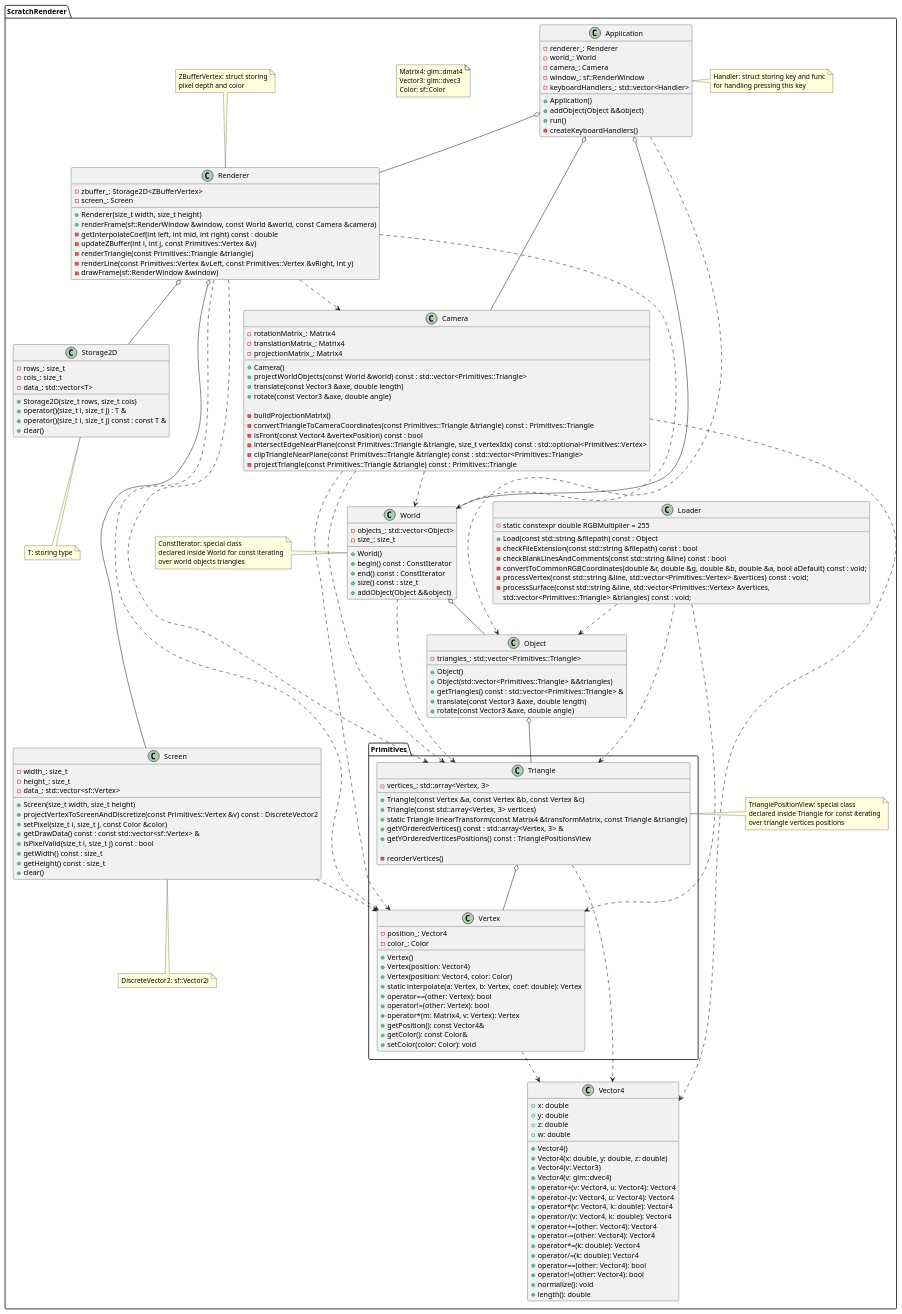
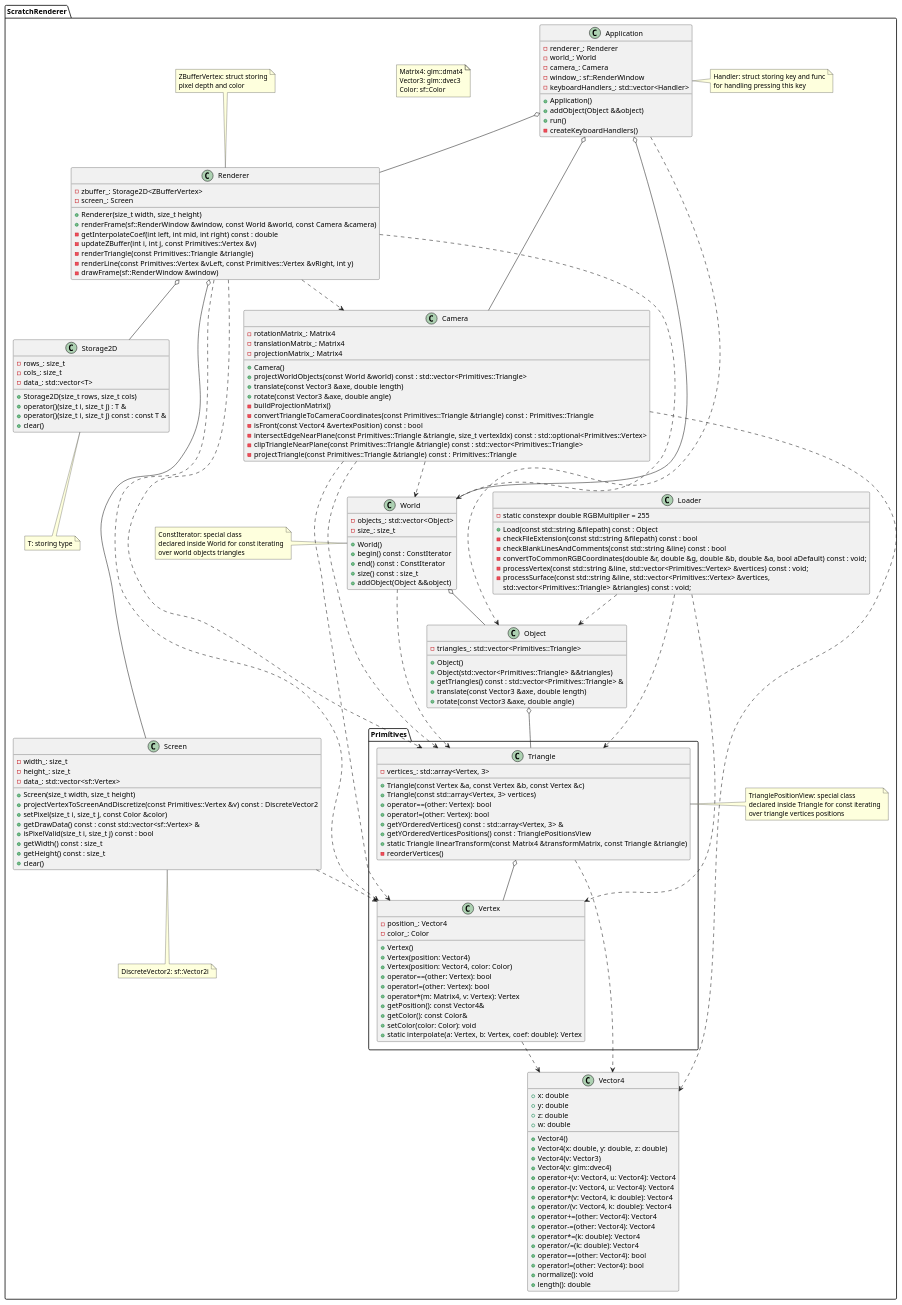
One commit to cutehater/3d-renderer changed the diagram in docs/class_diagram.puml. Above: the diagram before and after it, drawn with PlantUML. The commit also changed 21 other files, not shown here.

```diff
--- a/docs/class_diagram.puml
+++ b/docs/class_diagram.puml
@@ -33,22 +33,23 @@
             + Vertex()
             + Vertex(position: Vector4)
             + Vertex(position: Vector4, color: Color)
-            + static interpolate(a: Vertex, b: Vertex, coef: double): Vertex
             + operator==(other: Vertex): bool
             + operator!=(other: Vertex): bool
             + operator*(m: Matrix4, v: Vertex): Vertex
             + getPosition(): const Vector4&
             + getColor(): const Color&
             + setColor(color: Color): void
+            + static interpolate(a: Vertex, b: Vertex, coef: double): Vertex
         }
 
         class Triangle {
             +Triangle(const Vertex &a, const Vertex &b, const Vertex &c)
             +Triangle(const std::array<Vertex, 3> vertices)
-            +static Triangle linearTransform(const Matrix4 &transformMatrix, const Triangle &triangle)
+            + operator==(other: Vertex): bool
+            + operator!=(other: Vertex): bool
             +getYOrderedVertices() const : std::array<Vertex, 3> &
             +getYOrderedVerticesPositions() const : TrianglePositionsView
-
+            +static Triangle linearTransform(const Matrix4 &transformMatrix, const Triangle &triangle)
             -reorderVertices()
             -vertices_: std::array<Vertex, 3>
         }
@@ -80,7 +81,6 @@
         +projectWorldObjects(const World &world) const : std::vector<Primitives::Triangle>
         +translate(const Vector3 &axe, double length)
         +rotate(const Vector3 &axe, double angle)
-
         -buildProjectionMatrix()
         -convertTriangleToCameraCoordinates(const Primitives::Triangle &triangle) const : Primitives::Triangle
         -isFront(const Vector4 &vertexPosition) const : bool
```
